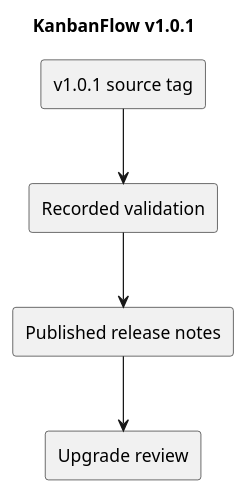
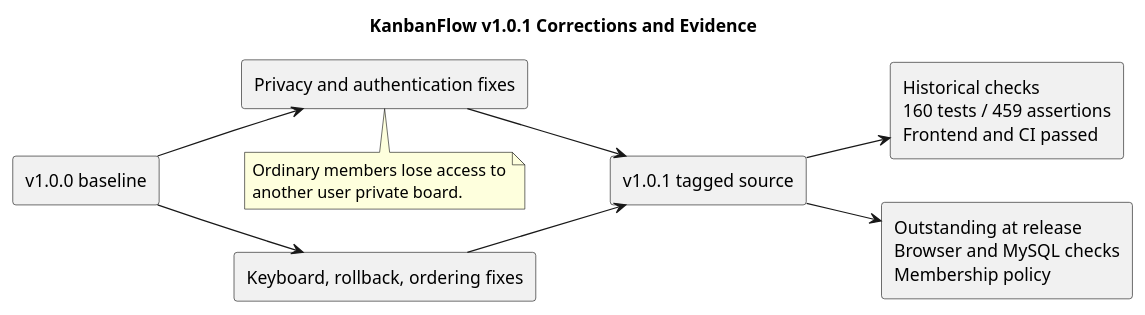
The diagram in docs/Releases/diagrams/v1.0.1.puml (Farhad-Valizadegan/Web-KanbanFlow), drawn with PlantUML before and after one commit. The commit also changed 2 other files, not shown here.

Commit message:
docs: complete v1.0.1 security and usability release record

```diff
--- a/docs/Releases/diagrams/v1.0.1.puml
+++ b/docs/Releases/diagrams/v1.0.1.puml
@@ -1,10 +1,20 @@
 @startuml
-title KanbanFlow v1.0.1
-rectangle "v1.0.1 source tag" as T
-rectangle "Recorded validation" as V
-rectangle "Published release notes" as N
-rectangle "Upgrade review" as U
+title KanbanFlow v1.0.1 Corrections and Evidence
+left to right direction
+rectangle "v1.0.0 baseline" as B
+rectangle "Privacy and authentication fixes" as S
+rectangle "Keyboard, rollback, ordering fixes" as U
+rectangle "v1.0.1 tagged source" as T
+rectangle "Historical checks\n160 tests / 459 assertions\nFrontend and CI passed" as V
+rectangle "Outstanding at release\nBrowser and MySQL checks\nMembership policy" as G
+B --> S
+B --> U
+S --> T
+U --> T
 T --> V
-V --> N
-N --> U
+T --> G
+note bottom of S
+Ordinary members lose access to
+another user private board.
+end note
 @enduml
```
